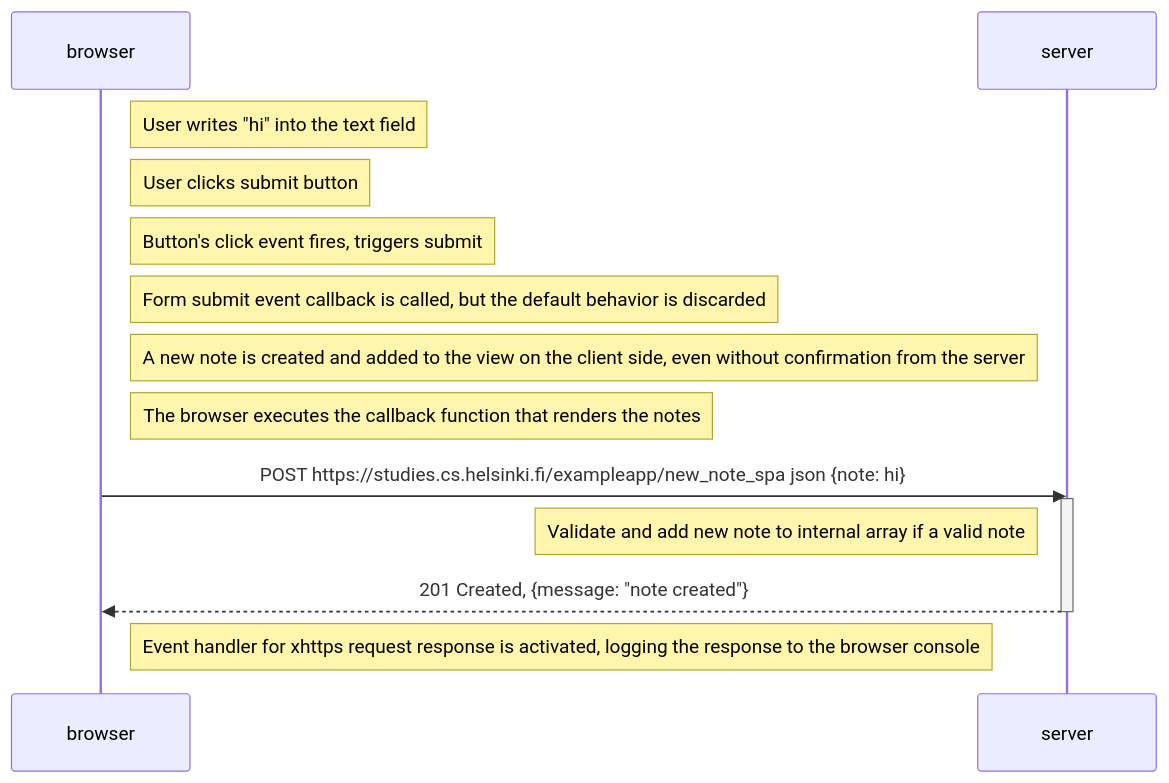
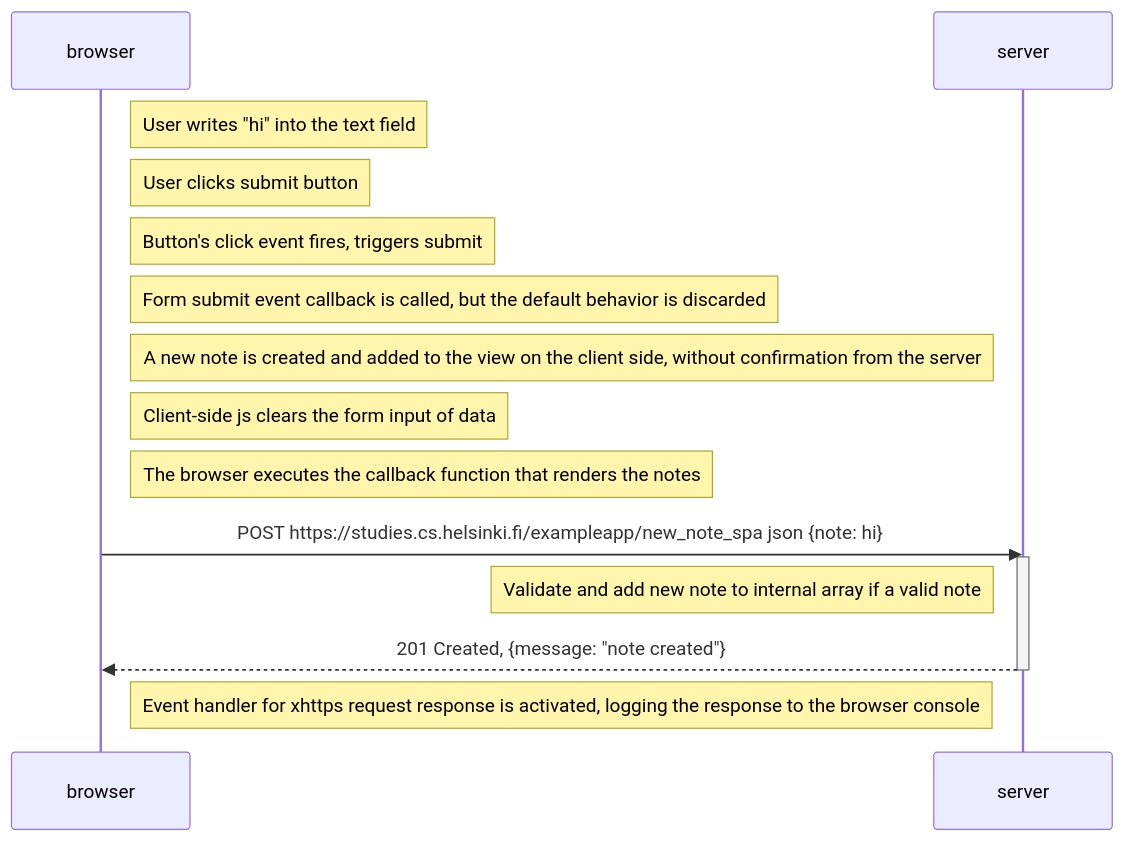
The diagram in part0/ex0_6.md (willylin207/fsopen), drawn with Mermaid before and after one commit.

Commit message:
Update ex0_6.md to be more detailed

````diff
--- a/part0/ex0_6.md
+++ b/part0/ex0_6.md
@@ -1,19 +1,20 @@
 ```mermaid
 sequenceDiagram
     participant browser
     participant server
     Note right of browser: User writes "hi" into the text field
     Note right of browser: User clicks submit button
     Note right of browser: Button's click event fires, triggers submit
     Note right of browser: Form submit event callback is called, but the default behavior is discarded
-    Note right of browser: A new note is created and added to the view on the client side, even without confirmation from the server
+    Note right of browser: A new note is created and added to the view on the client side, without confirmation from the server
+    Note right of browser: Client-side js clears the form input of data
     Note right of browser: The browser executes the callback function that renders the notes
     browser->>server: POST https://studies.cs.helsinki.fi/exampleapp/new_note_spa json {note: hi}
 
     activate server
     Note left of server: Validate and add new note to internal array if a valid note
     server-->>browser: 201 Created, {message: "note created"}
     deactivate server
 
    Note right of browser: Event handler for xhttps request response is activated, logging the response to the browser console
 ```
````
